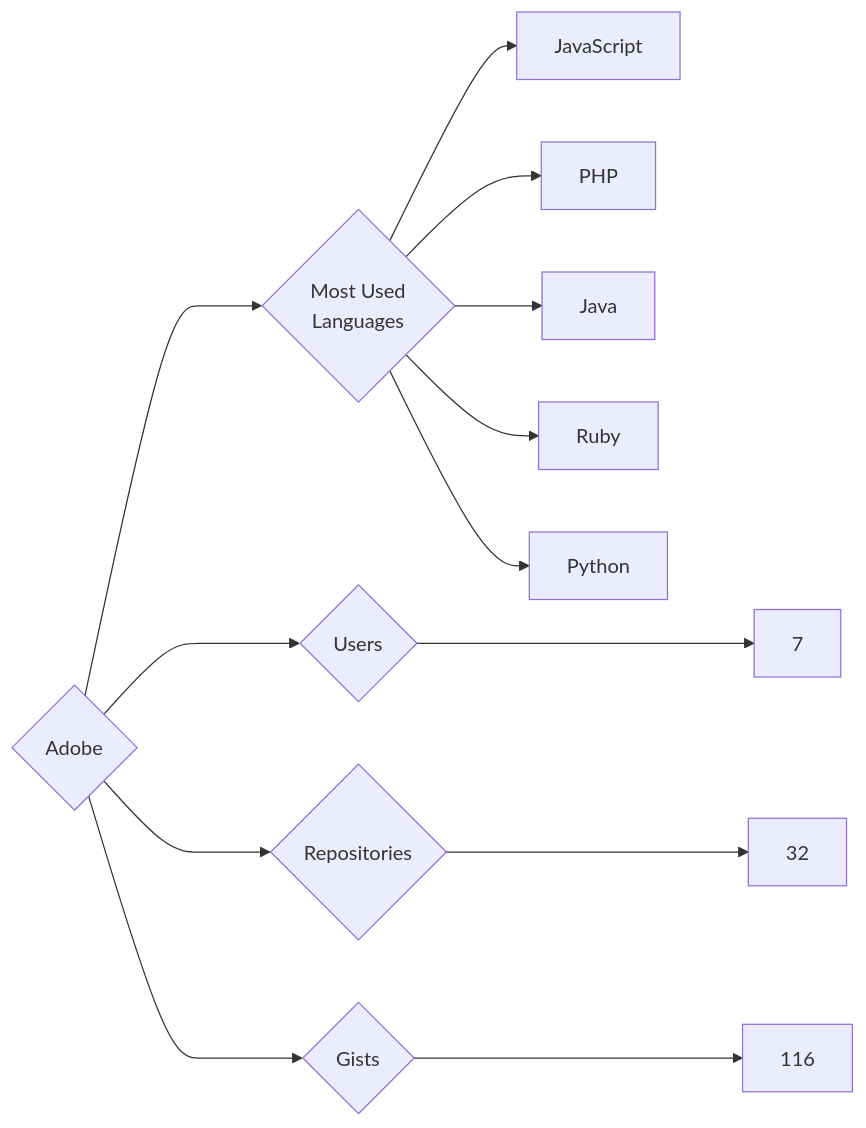
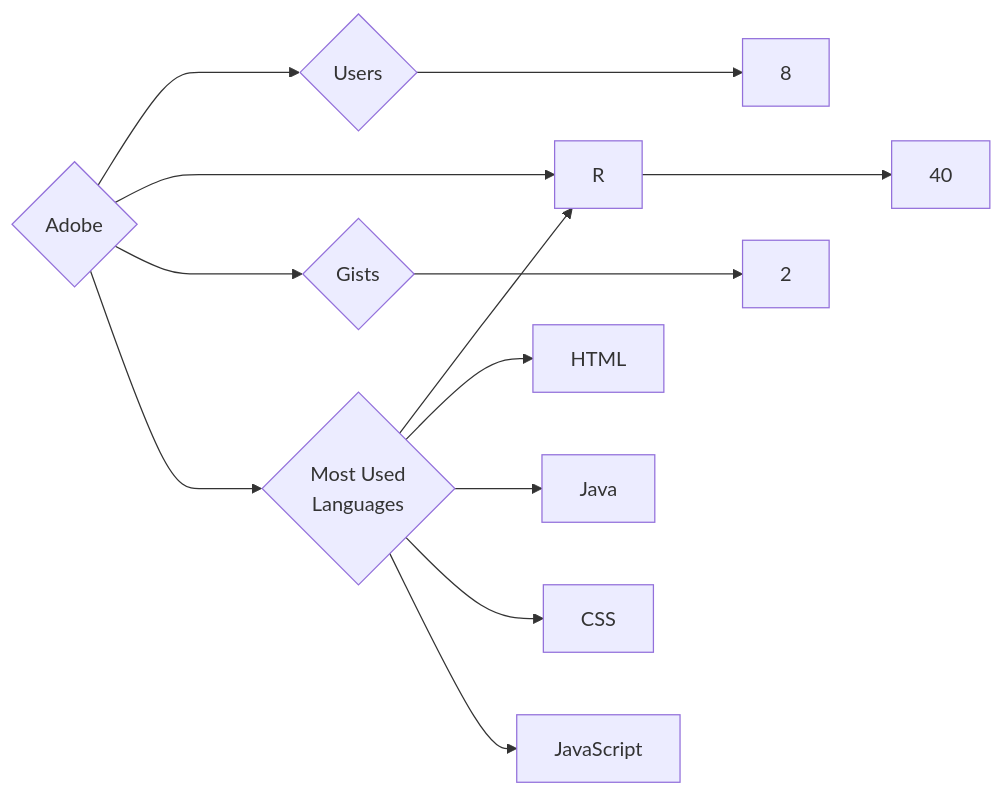
One commit to trickest/insiders changed the diagram in targets/Adobe/README.md. Above: the diagram before and after it, drawn with Mermaid. The commit also changed 611 other files, not shown here.

````diff
--- a/targets/Adobe/README.md
+++ b/targets/Adobe/README.md
@@ -3,13 +3,13 @@
 ```mermaid
 graph LR
 COMPANY_NAME{Adobe}
-COMPANY_NAME ---> U{Users} ---> UN[7]
-COMPANY_NAME ---> R{Repositories} ---> RN[32]
-COMPANY_NAME ---> G{Gists} ---> GN[116]
+COMPANY_NAME ---> U{Users} ---> UN[8]
+COMPANY_NAME ---> R{Repositories} ---> RN[40]
+COMPANY_NAME ---> G{Gists} ---> GN[2]
 COMPANY_NAME ---> ML{Most Used<br>Languages}
+ML --> R[R]
+ML --> HTML[HTML]
+ML --> Java[Java]
+ML --> CSS[CSS]
 ML --> JavaScript[JavaScript]
-ML --> PHP[PHP]
-ML --> Java[Java]
-ML --> Ruby[Ruby]
-ML --> Python[Python]
 ```
````
